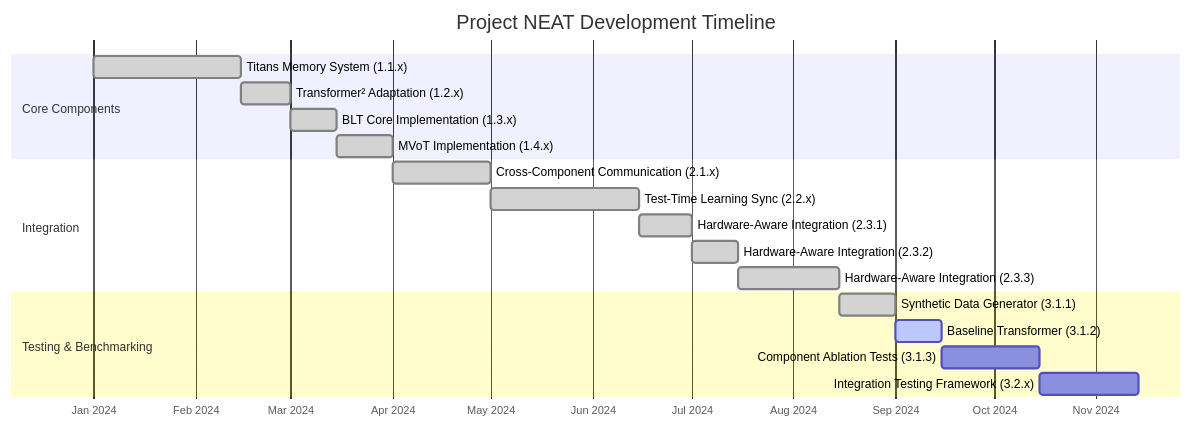
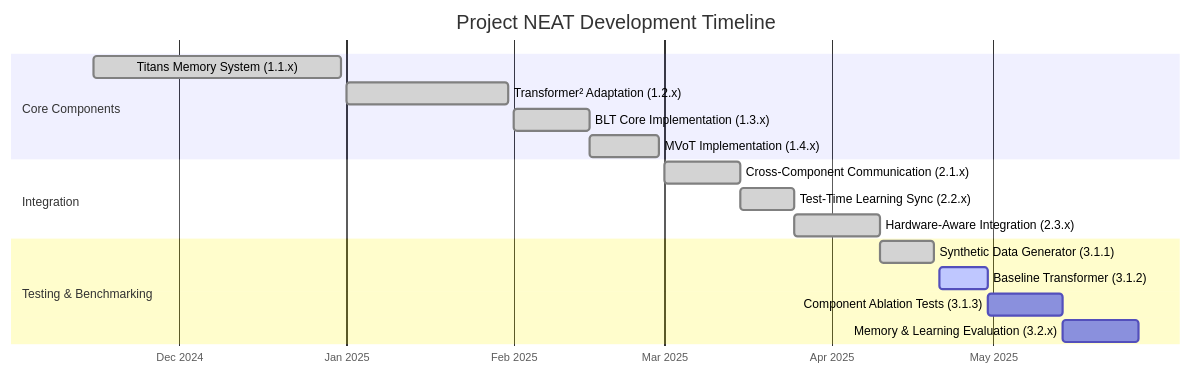
One commit to idlandes04/Project-NEAT changed the second of 3 diagrams in README.md. Above: the diagram before and after it, drawn with Mermaid. The commit also changed other lines of this file and 23 other files, not shown here.

````diff
--- a/README.md
+++ b/README.md
@@ -80,25 +82,23 @@
 ```mermaid
 gantt
     title Project NEAT Development Timeline
     dateFormat  YYYY-MM-DD
     axisFormat %b %Y
     
     section Core Components
-    Titans Memory System (1.1.x)       :done, titans, 2024-01-01, 2024-02-15
-    Transformer² Adaptation (1.2.x)    :done, transformer2, 2024-02-15, 2024-03-01
-    BLT Core Implementation (1.3.x)    :done, blt, 2024-03-01, 2024-03-15
-    MVoT Implementation (1.4.x)        :done, mvot, 2024-03-15, 2024-04-01
+    Titans Memory System (1.1.x)       :done, titans, 2024-11-15, 2024-12-31
+    Transformer² Adaptation (1.2.x)    :done, transformer2, 2025-01-01, 2025-01-31
+    BLT Core Implementation (1.3.x)    :done, blt, 2025-02-01, 2025-02-15
+    MVoT Implementation (1.4.x)        :done, mvot, 2025-02-15, 2025-02-28
     
     section Integration
-    Cross-Component Communication (2.1.x) :done, comms, 2024-04-01, 2024-05-01
-    Test-Time Learning Sync (2.2.x)       :done, ttl, 2024-05-01, 2024-06-15
-    Hardware-Aware Integration (2.3.1)    :done, hwint1, 2024-06-15, 2024-07-01
-    Hardware-Aware Integration (2.3.2)    :done, hwint2, 2024-07-01, 2024-07-15
-    Hardware-Aware Integration (2.3.3)    :done, hwint3, 2024-07-15, 2024-08-15
+    Cross-Component Communication (2.1.x) :done, comms, 2025-03-01, 2025-03-15
+    Test-Time Learning Sync (2.2.x)       :done, ttl, 2025-03-15, 2025-03-25
+    Hardware-Aware Integration (2.3.x)    :done, hwint, 2025-03-25, 2025-04-10
     
     section Testing & Benchmarking
-    Synthetic Data Generator (3.1.1)      :done, synthetic, 2024-08-15, 2024-09-01
-    Baseline Transformer (3.1.2)          :active, baseline, 2024-09-01, 2024-09-15
-    Component Ablation Tests (3.1.3)      :ablation, after baseline, 30d
-    Integration Testing Framework (3.2.x)  :itest, after ablation, 30d
+    Synthetic Data Generator (3.1.1)      :done, synthetic, 2025-04-10, 2025-04-20
+    Baseline Transformer (3.1.2)          :active, baseline, 2025-04-21, 2025-04-30
+    Component Ablation Tests (3.1.3)      :ablation, after baseline, 14d
+    Memory & Learning Evaluation (3.2.x)  :memory, after ablation, 14d
 ```
````
